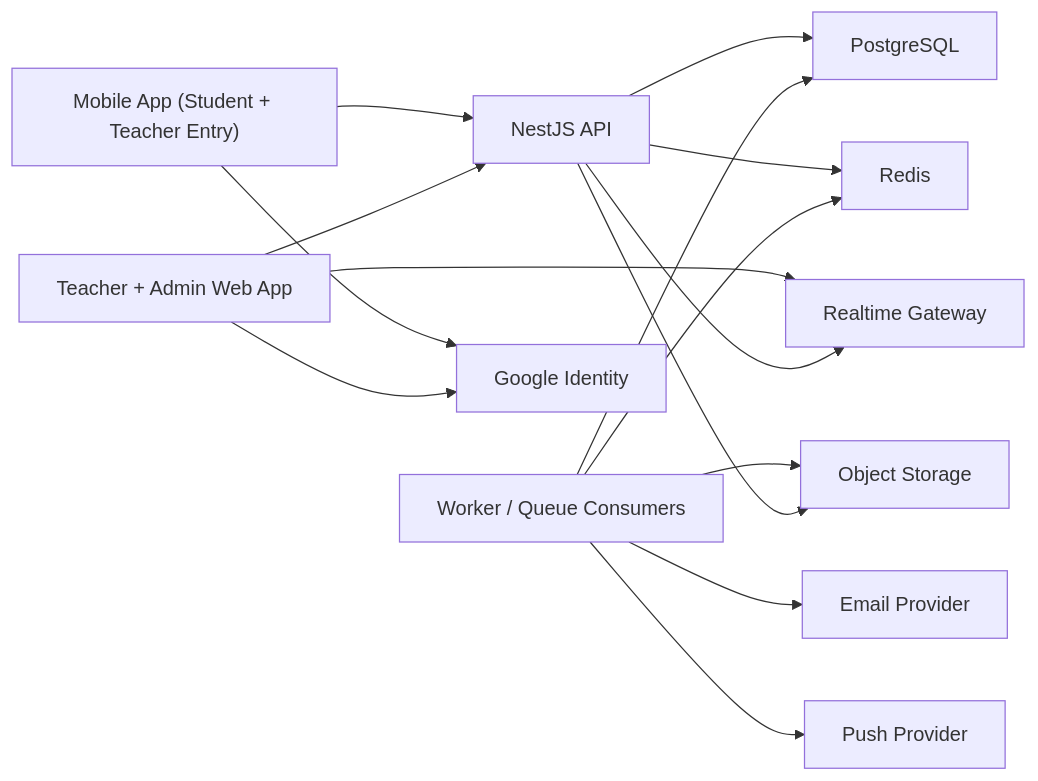
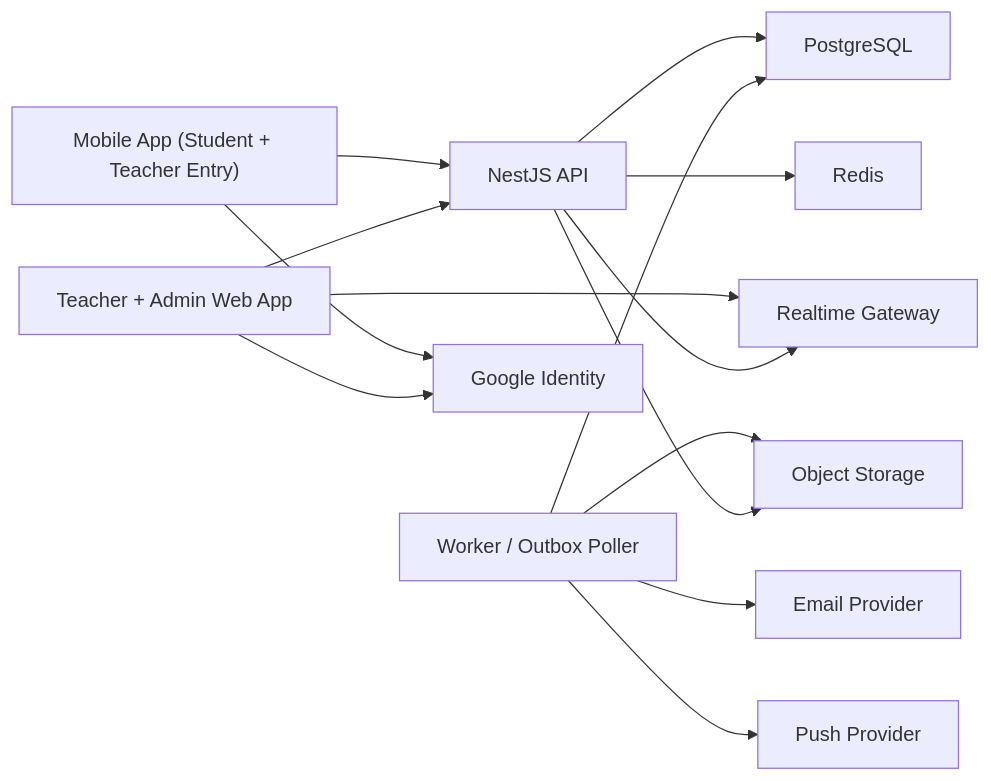
One commit to Kanan2005/attendease-web-app-deployed changed the diagram in Structure/architecture/01-system-overview.md. Above: the diagram before and after it, drawn with Mermaid. The commit also changed other lines of this file and 4 other files, not shown here.

First line of the commit message:
docs: sync documentation with actual code flow

````diff
--- a/Structure/architecture/01-system-overview.md
+++ b/Structure/architecture/01-system-overview.md
@@ -49,29 +49,28 @@
 ```mermaid
 flowchart LR
   Mobile["Mobile App (Student + Teacher Entry)"]
   Web["Teacher + Admin Web App"]
   API["NestJS API"]
   WS["Realtime Gateway"]
-  Worker["Worker / Queue Consumers"]
+  Worker["Worker / Outbox Poller"]
   DB["PostgreSQL"]
   Redis["Redis"]
   S3["Object Storage"]
   Email["Email Provider"]
   Google["Google Identity"]
   Push["Push Provider"]
 
   Mobile --> API
   Web --> API
   Web --> WS
   Mobile --> Google
   Web --> Google
   API --> DB
   API --> Redis
   API --> WS
-  Worker --> Redis
   Worker --> DB
   Worker --> S3
   Worker --> Email
   Worker --> Push
   API --> S3
 ```
````
